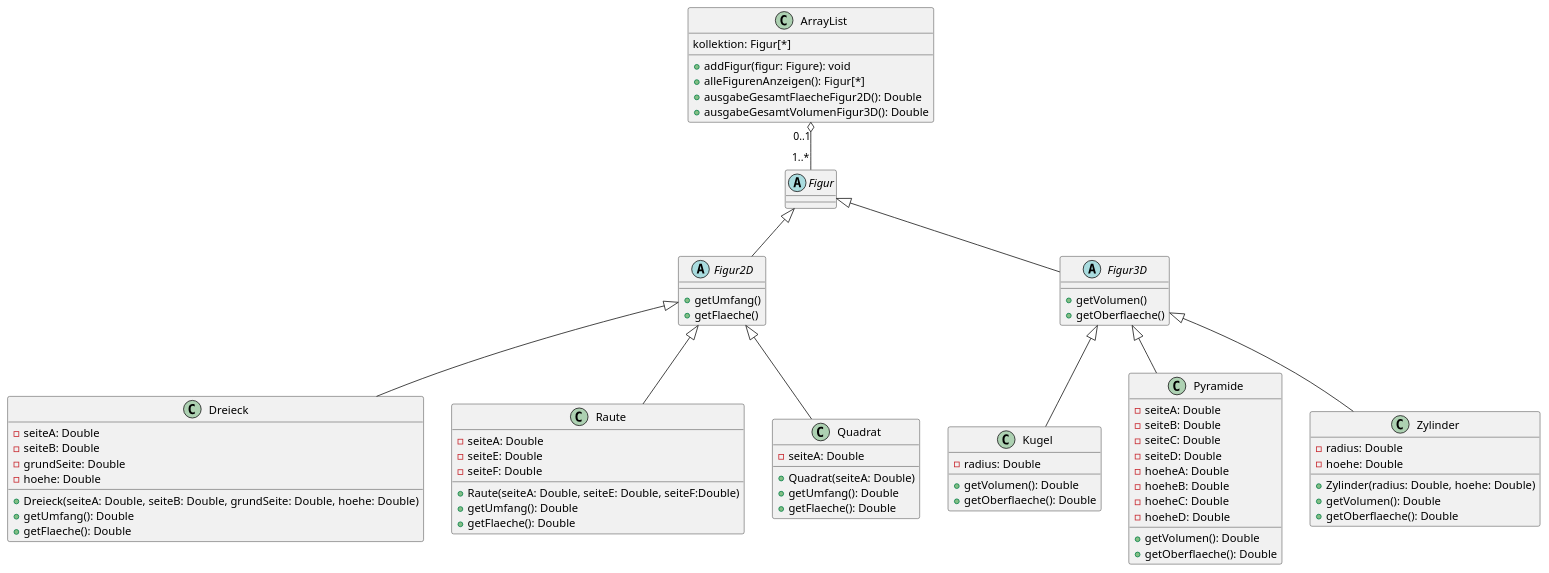
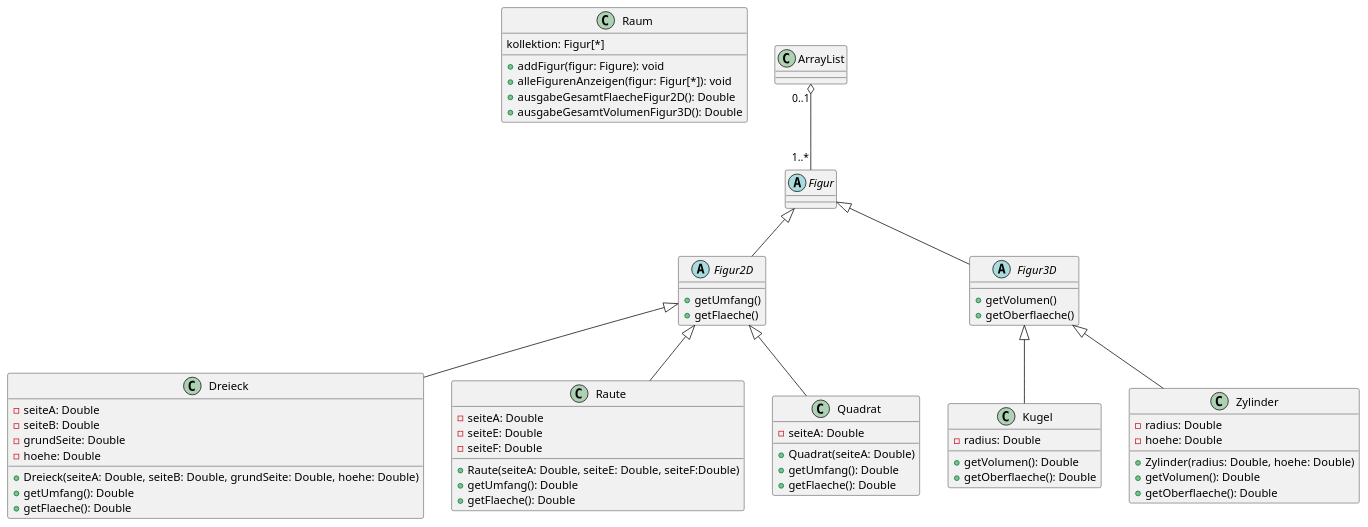
The diagram in figuren/figures.wsd (JuginPower/softwaredevelopment), drawn with PlantUML before and after one commit. The commit also changed 19 other files, not shown here.

```diff
--- a/figuren/figures.wsd
+++ b/figuren/figures.wsd
@@ -1,86 +1,72 @@
 @startuml figures
-class ArrayList {
+class Raum {
     kollektion: Figur[*]
 +addFigur(figur: Figure): void
-+alleFigurenAnzeigen(): Figur[*]
++alleFigurenAnzeigen(figur: Figur[*]): void
 +ausgabeGesamtFlaecheFigur2D(): Double
 +ausgabeGesamtVolumenFigur3D(): Double
 }
 
 abstract Figur {
     
 }
 
 abstract Figur2D {
     +getUmfang()
     +getFlaeche()
 }
 
 abstract Figur3D {
     +getVolumen()
     +getOberflaeche()
 }
 
 class Kugel {
     -radius: Double
-+getVolumen(): Double
-+getOberflaeche(): Double
-}
-
-class Pyramide {
-    -seiteA: Double
-    -seiteB: Double
-    -seiteC: Double
-    -seiteD: Double
-    -hoeheA: Double
-    -hoeheB: Double
-    -hoeheC: Double
-    -hoeheD: Double
 +getVolumen(): Double
 +getOberflaeche(): Double
 }
 
 class Zylinder {
     -radius: Double
     -hoehe: Double
 +Zylinder(radius: Double, hoehe: Double)
 +getVolumen(): Double
 +getOberflaeche(): Double
 }
 
 class Dreieck {
     -seiteA: Double
     -seiteB: Double
     -grundSeite: Double
     -hoehe: Double
 +Dreieck(seiteA: Double, seiteB: Double, grundSeite: Double, hoehe: Double)
 +getUmfang(): Double
 +getFlaeche(): Double
 }
 
 class Raute {
     -seiteA: Double
     -seiteE: Double
     -seiteF: Double
 +Raute(seiteA: Double, seiteE: Double, seiteF:Double)
 +getUmfang(): Double
 +getFlaeche(): Double
 }
 
 class Quadrat {
     -seiteA: Double
 +Quadrat(seiteA: Double)
 +getUmfang(): Double
 +getFlaeche(): Double
 }
 
 ArrayList "0..1" o-- "1..*" Figur
 Figur <|-- Figur3D
 Figur <|-- Figur2D
 Figur2D <|-- Dreieck
 Figur2D <|-- Raute
 Figur2D <|-- Quadrat
 Figur3D <|-- Kugel
-Figur3D <|-- Pyramide
 Figur3D <|-- Zylinder
 @enduml
```
